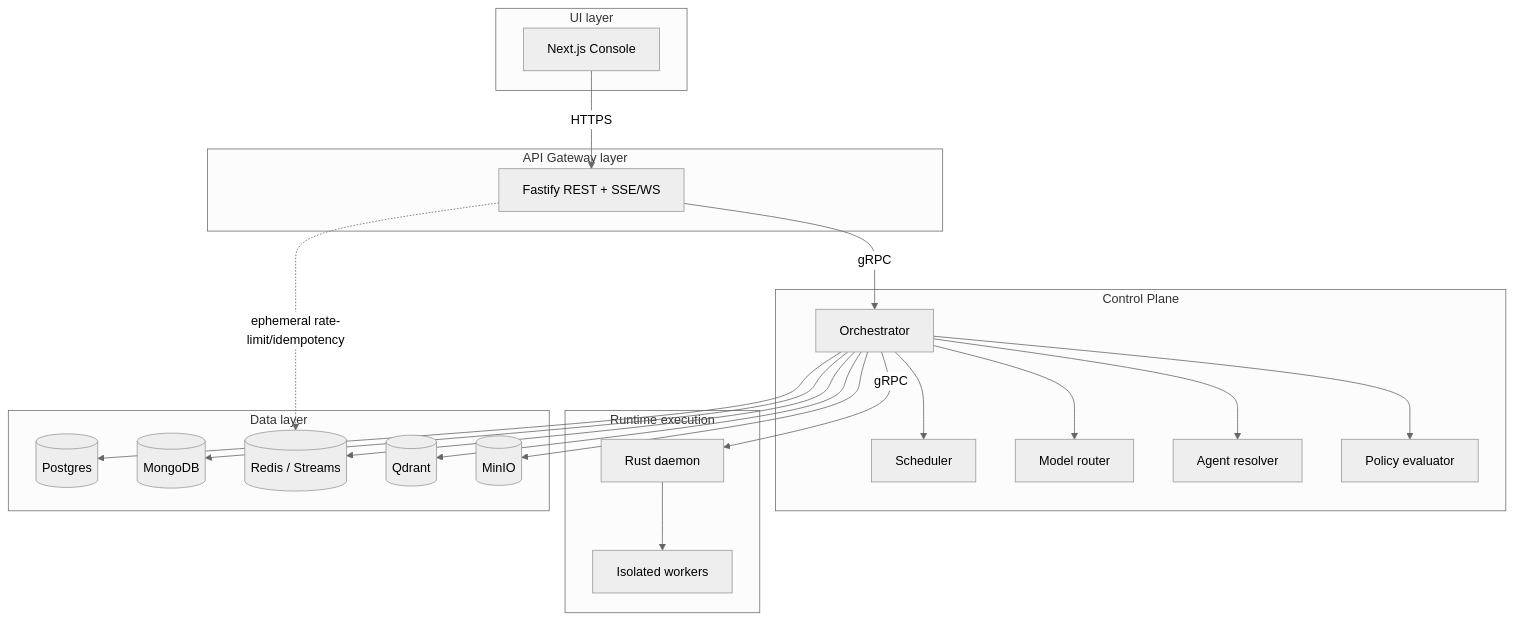
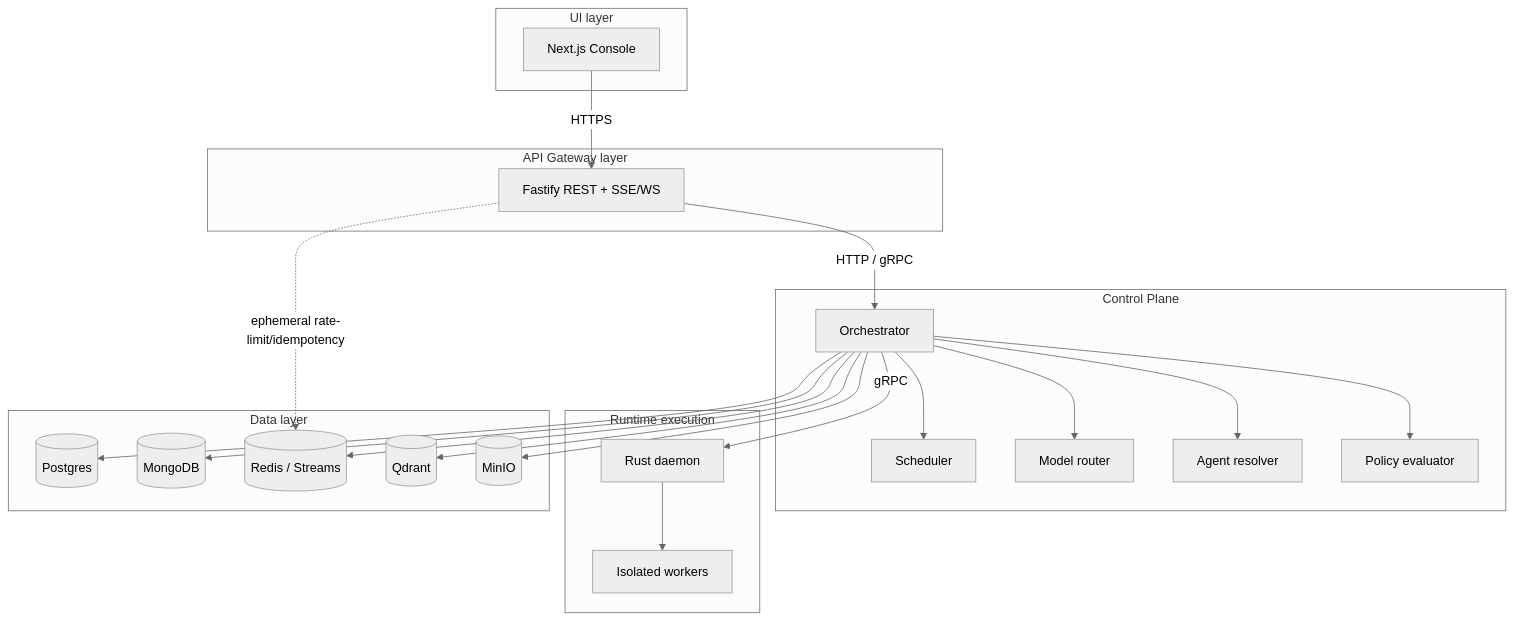
Before and after one commit to ghasemzadeh-hamed/OMERTAOS: the first of 2 diagrams in ARCHITECTURE.md, drawn with Mermaid (neutral theme). The commit also changed other lines of this file and 9 other files, not shown here.

````diff
--- a/ARCHITECTURE.md
+++ b/ARCHITECTURE.md
@@ -23,28 +23,28 @@
 ```mermaid
 flowchart TB
   subgraph L1[UI layer]
     UI[Next.js Console]
   end
   subgraph L2[API Gateway layer]
     GW[Fastify REST + SSE/WS]
   end
   subgraph L3[Control Plane]
     ORCH[Orchestrator] --> SCH[Scheduler]
     ORCH --> MR[Model router]
     ORCH --> AR[Agent resolver]
     ORCH --> PE[Policy evaluator]
   end
   subgraph L4[Runtime execution]
     RD[Rust daemon] --> SB[Isolated workers]
   end
   subgraph L5[Data layer]
     PG[(Postgres)]
     MG[(MongoDB)]
     RE[(Redis / Streams)]
     QD[(Qdrant)]
     MI[(MinIO)]
   end
-  UI -->|HTTPS| GW -->|gRPC| ORCH -->|gRPC| RD
+  UI -->|HTTPS| GW -->|HTTP / gRPC| ORCH -->|gRPC| RD
   ORCH --> PG & MG & RE & QD & MI
   GW -. ephemeral rate-limit/idempotency .-> RE
 ```
````
